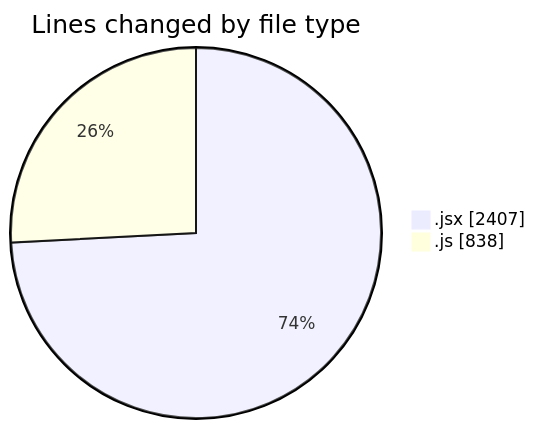
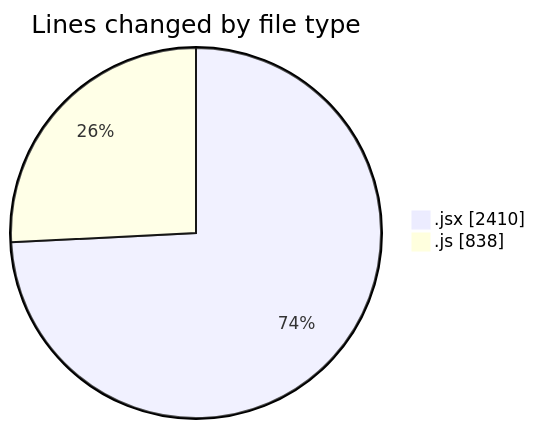
Before and after one commit to nxtqubesakshisongat/code-tracking: the first of 2 diagrams in 2025-09-22/nxtqube_webapp/README.md, drawn with Mermaid. The commit also changed other lines of this file and 1 other file, not shown here.

````diff
--- a/2025-09-22/nxtqube_webapp/README.md
+++ b/2025-09-22/nxtqube_webapp/README.md
@@ -22,6 +22,6 @@
 ```mermaid
 pie showData
 title Lines changed by file type
-".jsx" : 2407
+".jsx" : 2410
 ".js" : 838
 ```
````
